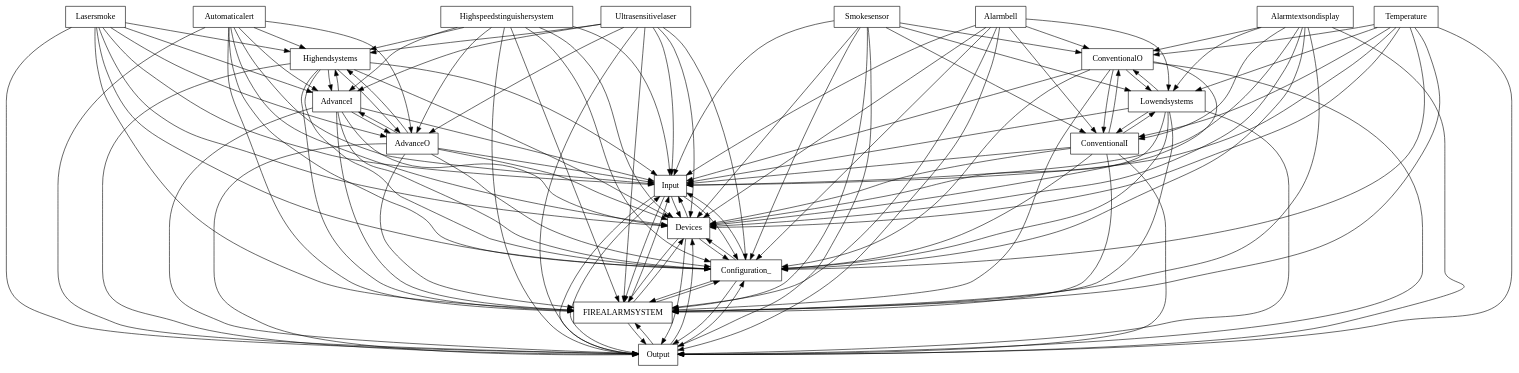
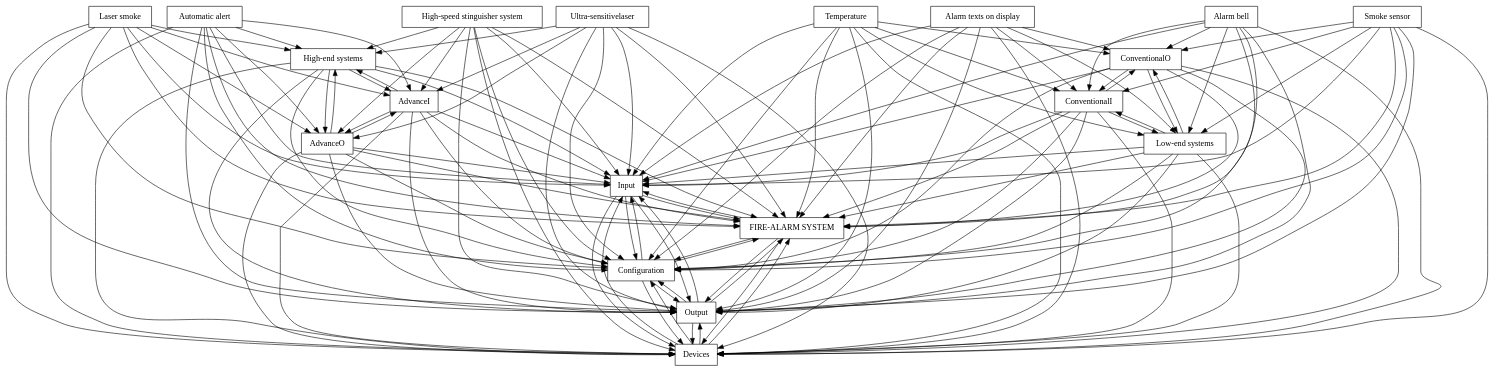
The diagram in FAMILIAR/output/SPLOT-big/fm_51_model_20101110_1749898936.xml.dot (FAMILIAR-project/familiar-language), drawn with Graphviz before and after one commit. The commit also changed 199 other files, not shown here.

```diff
--- a/FAMILIAR/output/SPLOT-big/fm_51_model_20101110_1749898936.xml.dot
+++ b/FAMILIAR/output/SPLOT-big/fm_51_model_20101110_1749898936.xml.dot
@@ -1,150 +1,150 @@
 digraph{
 graph [rankdir=TB];
 node [shape=box];
 edge [arrowhead=normal];
-0[label="Highspeedstinguishersystem",]
-1[label="Input",]
-2[label="Automaticalert",]
-3[label="Highendsystems",]
-4[label="Devices",]
-5[label="Temperature",]
-6[label="Output",]
-7[label="Lasersmoke",]
-8[label="FIREALARMSYSTEM",]
-9[label="ConventionalO",]
-10[label="Lowendsystems",]
-11[label="ConventionalI",]
-12[label="Ultrasensitivelaser",]
+0[label="Input",]
+1[label="FIRE-ALARM SYSTEM",]
+2[label="Laser smoke",]
+3[label="High-end systems",]
+4[label="Automatic alert",]
+5[label="Devices",]
+6[label="Temperature",]
+7[label="Smoke sensor",]
+8[label="Output",]
+9[label="Configuration",]
+10[label="ConventionalO",]
+11[label="High-speed stinguisher system",]
+12[label="Alarm texts on display",]
 13[label="AdvanceI",]
-14[label="Configuration_",]
-15[label="AdvanceO",]
-16[label="Alarmtextsondisplay",]
-17[label="Alarmbell",]
-18[label="Smokesensor",]
+14[label="ConventionalI",]
+15[label="Ultra-sensitivelaser",]
+16[label="Low-end systems",]
+17[label="Alarm bell",]
+18[label="AdvanceO",]
 0->1[label="",]
-0->3[label="",]
-0->4[label="",]
-0->6[label="",]
+0->5[label="",]
 0->8[label="",]
-0->13[label="",]
-0->14[label="",]
-0->15[label="",]
-1->4[label="",]
-1->6[label="",]
+0->9[label="",]
+1->0[label="",]
+1->5[label="",]
 1->8[label="",]
-1->14[label="",]
+1->9[label="",]
+2->0[label="",]
 2->1[label="",]
 2->3[label="",]
-2->4[label="",]
-2->6[label="",]
+2->5[label="",]
 2->8[label="",]
+2->9[label="",]
 2->13[label="",]
-2->14[label="",]
-2->15[label="",]
+2->18[label="",]
+3->0[label="",]
 3->1[label="",]
-3->4[label="",]
-3->6[label="",]
+3->5[label="",]
 3->8[label="",]
+3->9[label="",]
 3->13[label="",]
-3->14[label="",]
-3->15[label="",]
+3->18[label="",]
+4->0[label="",]
 4->1[label="",]
-4->6[label="",]
+4->3[label="",]
+4->5[label="",]
 4->8[label="",]
-4->14[label="",]
+4->9[label="",]
+4->13[label="",]
+4->18[label="",]
+5->0[label="",]
 5->1[label="",]
-5->4[label="",]
-5->6[label="",]
 5->8[label="",]
 5->9[label="",]
-5->10[label="",]
-5->11[label="",]
-5->14[label="",]
+6->0[label="",]
 6->1[label="",]
-6->4[label="",]
+6->5[label="",]
 6->8[label="",]
+6->9[label="",]
+6->10[label="",]
 6->14[label="",]
+6->16[label="",]
+7->0[label="",]
 7->1[label="",]
-7->3[label="",]
-7->4[label="",]
-7->6[label="",]
+7->5[label="",]
 7->8[label="",]
-7->13[label="",]
+7->9[label="",]
+7->10[label="",]
 7->14[label="",]
-7->15[label="",]
+7->16[label="",]
+8->0[label="",]
 8->1[label="",]
-8->4[label="",]
-8->6[label="",]
-8->14[label="",]
+8->5[label="",]
+8->9[label="",]
+9->0[label="",]
 9->1[label="",]
-9->4[label="",]
-9->6[label="",]
+9->5[label="",]
 9->8[label="",]
-9->10[label="",]
-9->11[label="",]
-9->14[label="",]
+10->0[label="",]
 10->1[label="",]
-10->4[label="",]
-10->6[label="",]
+10->5[label="",]
 10->8[label="",]
 10->9[label="",]
-10->11[label="",]
 10->14[label="",]
+10->16[label="",]
+11->0[label="",]
 11->1[label="",]
-11->4[label="",]
-11->6[label="",]
+11->3[label="",]
+11->5[label="",]
 11->8[label="",]
 11->9[label="",]
-11->10[label="",]
-11->14[label="",]
+11->13[label="",]
+11->18[label="",]
+12->0[label="",]
 12->1[label="",]
-12->3[label="",]
-12->4[label="",]
-12->6[label="",]
+12->5[label="",]
 12->8[label="",]
-12->13[label="",]
+12->9[label="",]
+12->10[label="",]
 12->14[label="",]
-12->15[label="",]
+12->16[label="",]
+13->0[label="",]
 13->1[label="",]
 13->3[label="",]
-13->4[label="",]
-13->6[label="",]
+13->5[label="",]
 13->8[label="",]
-13->14[label="",]
-13->15[label="",]
+13->9[label="",]
+13->18[label="",]
+14->0[label="",]
 14->1[label="",]
-14->4[label="",]
-14->6[label="",]
+14->5[label="",]
 14->8[label="",]
+14->9[label="",]
+14->10[label="",]
+14->16[label="",]
+15->0[label="",]
 15->1[label="",]
 15->3[label="",]
-15->4[label="",]
-15->6[label="",]
+15->5[label="",]
 15->8[label="",]
+15->9[label="",]
 15->13[label="",]
-15->14[label="",]
+15->18[label="",]
+16->0[label="",]
 16->1[label="",]
-16->4[label="",]
-16->6[label="",]
+16->5[label="",]
 16->8[label="",]
 16->9[label="",]
 16->10[label="",]
-16->11[label="",]
 16->14[label="",]
+17->0[label="",]
 17->1[label="",]
-17->4[label="",]
-17->6[label="",]
+17->5[label="",]
 17->8[label="",]
 17->9[label="",]
 17->10[label="",]
-17->11[label="",]
 17->14[label="",]
+17->16[label="",]
+18->0[label="",]
 18->1[label="",]
-18->4[label="",]
-18->6[label="",]
+18->3[label="",]
+18->5[label="",]
 18->8[label="",]
 18->9[label="",]
-18->10[label="",]
-18->11[label="",]
-18->14[label="",]
+18->13[label="",]
 }
```
